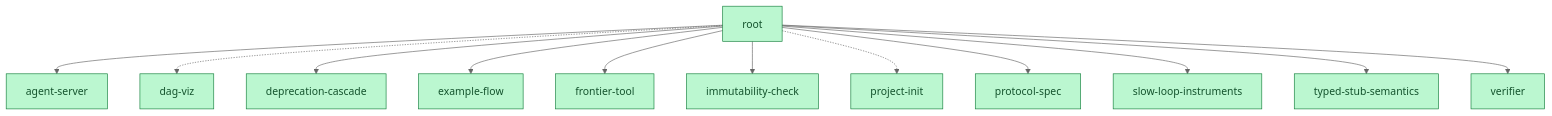
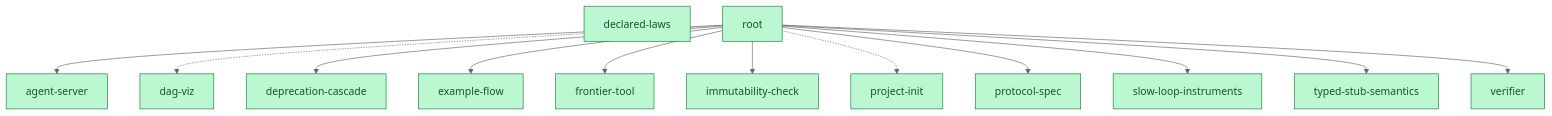
Before and after one commit to shitianfang/build2me: the diagram in docs/DAG.md, drawn with Mermaid (neutral theme). The commit also changed other lines of this file and 16 other files, not shown here.

````diff
--- a/docs/DAG.md
+++ b/docs/DAG.md
@@ -6,29 +6,30 @@
 ```mermaid
 graph TD
   agent_server["agent-server"]:::done
   dag_viz["dag-viz"]:::done
+  declared_laws["declared-laws"]:::done
   deprecation_cascade["deprecation-cascade"]:::done
   example_flow["example-flow"]:::done
   frontier_tool["frontier-tool"]:::done
   immutability_check["immutability-check"]:::done
   project_init["project-init"]:::done
   protocol_spec["protocol-spec"]:::done
   root["root"]:::done
   slow_loop_instruments["slow-loop-instruments"]:::done
   typed_stub_semantics["typed-stub-semantics"]:::done
   verifier["verifier"]:::done
   root --> agent_server
   root -.-> dag_viz
   root --> deprecation_cascade
   root --> example_flow
   root --> frontier_tool
   root --> immutability_check
   root -.-> project_init
   root --> protocol_spec
   root --> slow_loop_instruments
   root --> typed_stub_semantics
   root --> verifier
   classDef done fill:#bbf7d0,stroke:#15803d,color:#14532d
   classDef open fill:#fde68a,stroke:#b45309,color:#78350f
   classDef deprecated fill:#e5e7eb,stroke:#6b7280,color:#374151
 ```
````
